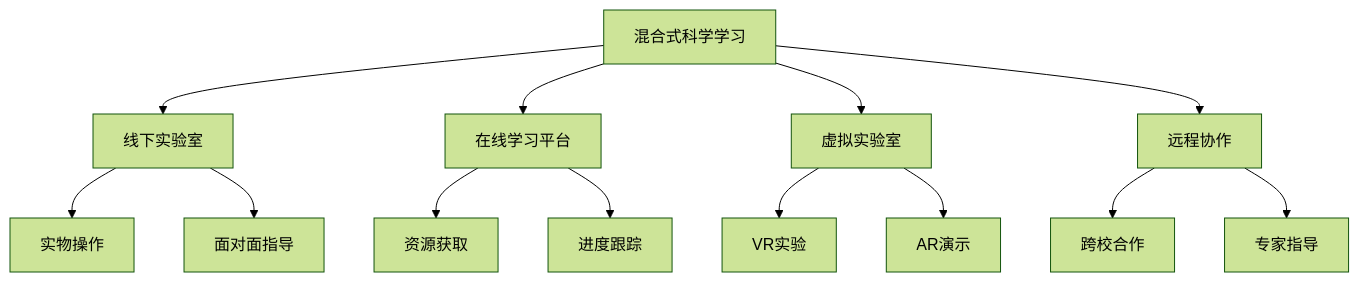
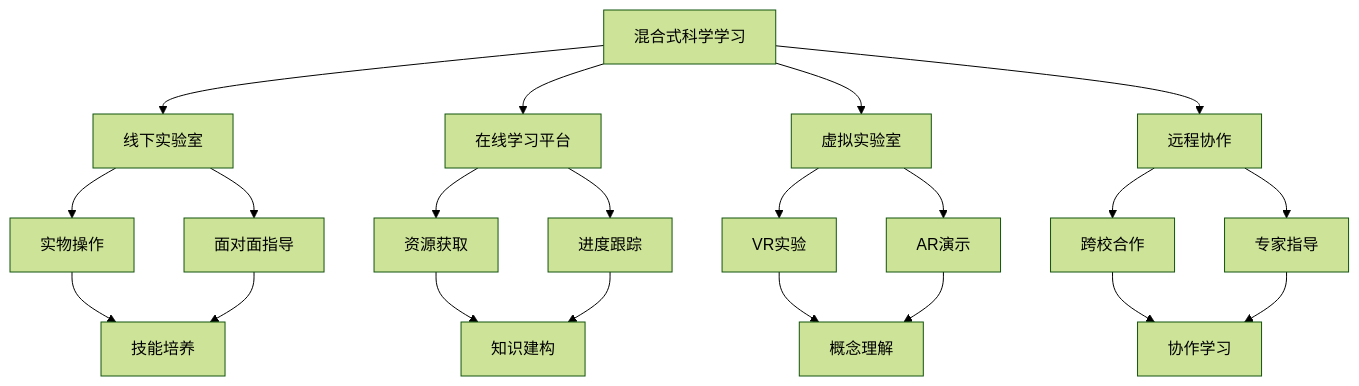
Before and after one commit to AdaMartin18010/SeniorEnducation: the sixth of 13 diagrams in 02-核心学科理论/02-科学教育方法论.md, drawn with Mermaid (forest theme). The commit also changed other lines of this file and 10 other files, not shown here.

````diff
--- a/02-核心学科理论/02-科学教育方法论.md
+++ b/02-核心学科理论/02-科学教育方法论.md
@@ -278,19 +322,31 @@
 ```mermaid
 graph TD
     A[混合式科学学习] --> B[线下实验室]
     A --> C[在线学习平台]
     A --> D[虚拟实验室]
     A --> E[远程协作]
     
     B --> F[实物操作]
     B --> G[面对面指导]
     
     C --> H[资源获取]
     C --> I[进度跟踪]
     
     D --> J[VR实验]
     D --> K[AR演示]
     
     E --> L[跨校合作]
     E --> M[专家指导]
+    
+    F --> N[技能培养]
+    G --> N
+    
+    H --> O[知识建构]
+    I --> O
+    
+    J --> P[概念理解]
+    K --> P
+    
+    L --> Q[协作学习]
+    M --> Q
 ```
````
